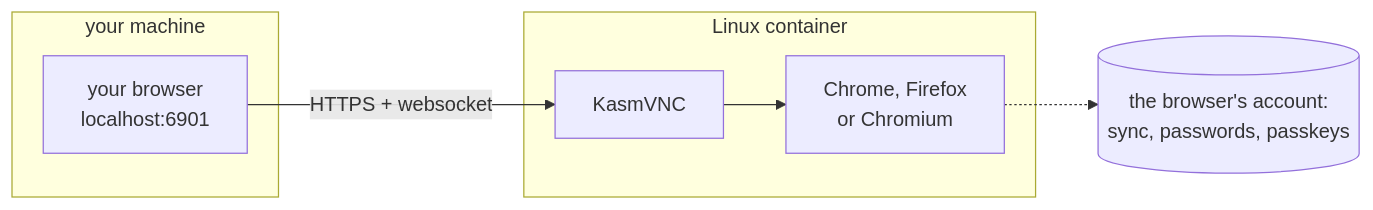
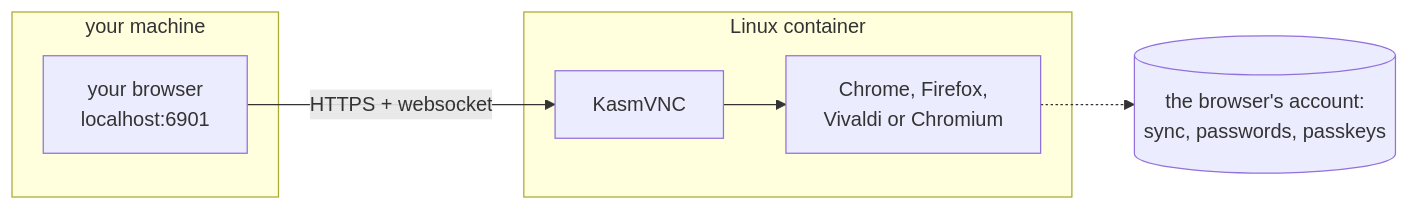
One commit to sapn95/browser-in-a-box changed the second of 3 diagrams in README.md. Above: the diagram before and after it, drawn with Mermaid. The commit also changed other lines of this file, not shown here.

````diff
--- a/README.md
+++ b/README.md
@@ -88,11 +88,11 @@
 ```mermaid
 flowchart LR
     subgraph host [your machine]
         B[your browser<br/>localhost:6901]
     end
     subgraph ctr [Linux container]
-        K[KasmVNC] --> C[Chrome, Firefox<br/>or Chromium]
+        K[KasmVNC] --> C[Chrome, Firefox,<br/>Vivaldi or Chromium]
     end
     B -- "HTTPS + websocket" --> K
     C -.-> G[(the browser's account:<br/>sync, passwords, passkeys)]
 ```
````
